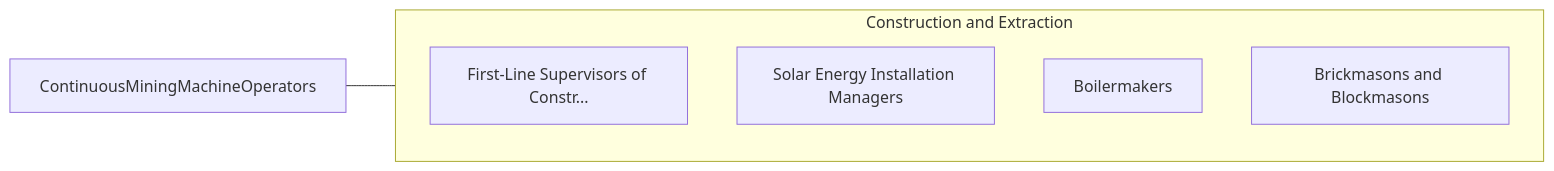
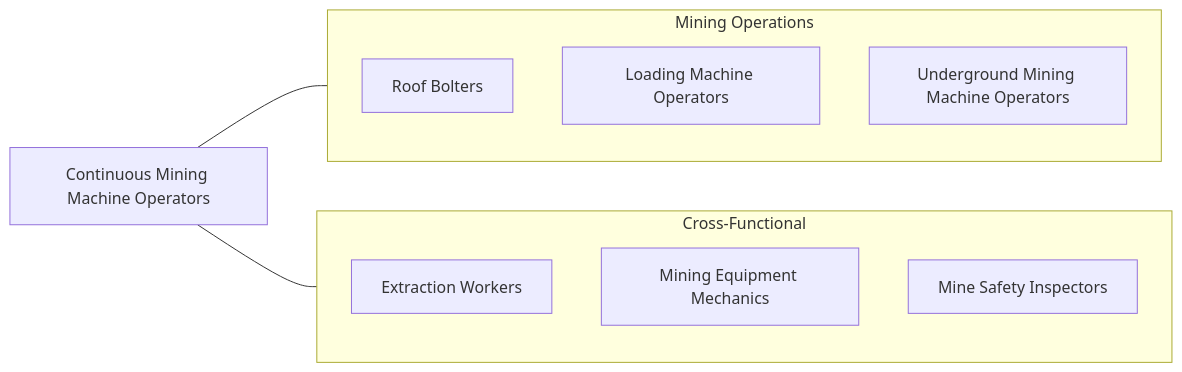
The fourth of 4 diagrams in occupations/Construction/ContinuousMiningMachineOperators.mdx (kziemski/business.org.ai), drawn with Mermaid before and after one commit. The commit also changed other lines of this file and 938 other files, not shown here.

````diff
--- a/occupations/Construction/ContinuousMiningMachineOperators.mdx
+++ b/occupations/Construction/ContinuousMiningMachineOperators.mdx
@@ -100,13 +206,19 @@
 ```mermaid
 graph LR
-    Current["ContinuousMiningMachineOperators"]
+    Current["Continuous Mining Machine Operators"]
 
-    subgraph SameCategory["Construction and Extraction"]
-        FirstLineSupervisors["First-Line Supervisors of Constr..."]
-        SolarEnergyInstallat["Solar Energy Installation Managers"]
-        Boilermakers["Boilermakers"]
-        BrickmasonsAndBlockm["Brickmasons and Blockmasons"]
+    subgraph SameCategory["Mining Operations"]
+        RoofBolt["Roof Bolters"]
+        Loading["Loading Machine Operators"]
+        Underground["Underground Mining Machine Operators"]
+    end
+
+    subgraph CrossFunctional["Cross-Functional"]
+        Extraction["Extraction Workers"]
+        Mechanic["Mining Equipment Mechanics"]
+        Safety["Mine Safety Inspectors"]
     end
 
     Current --- SameCategory
+    Current --- CrossFunctional
 ```
````
